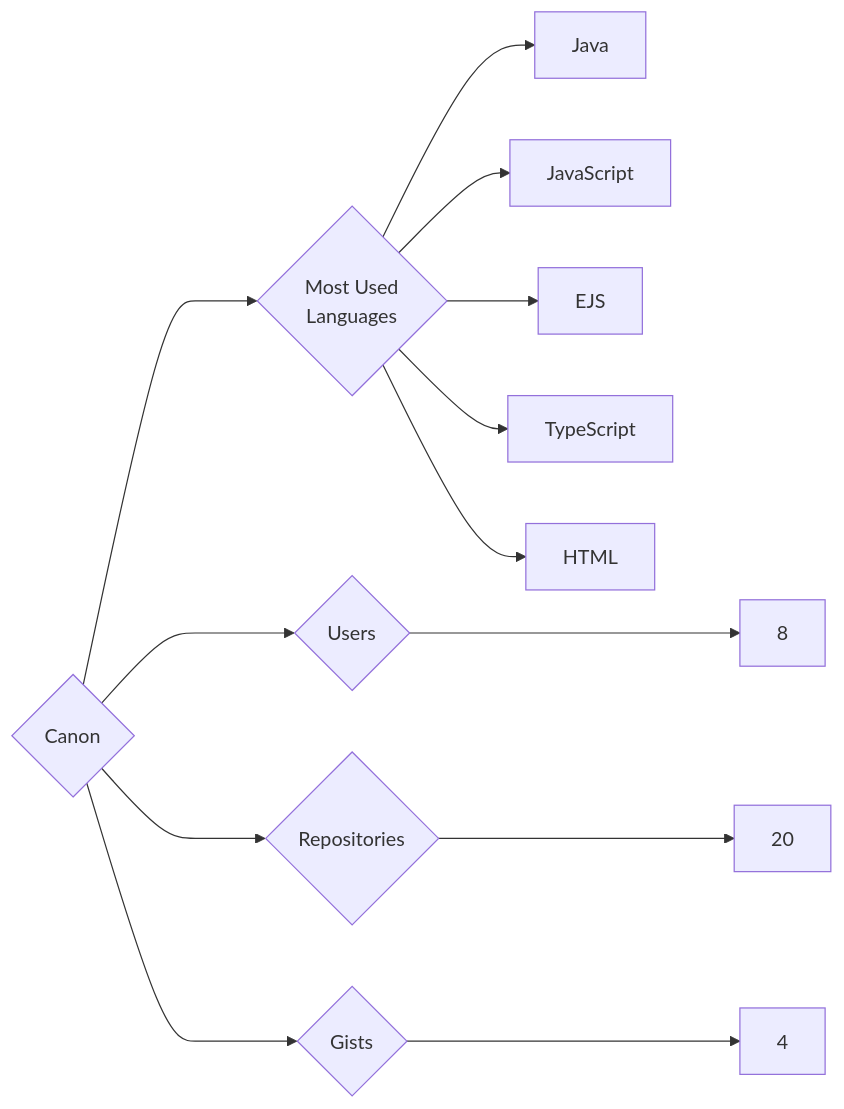
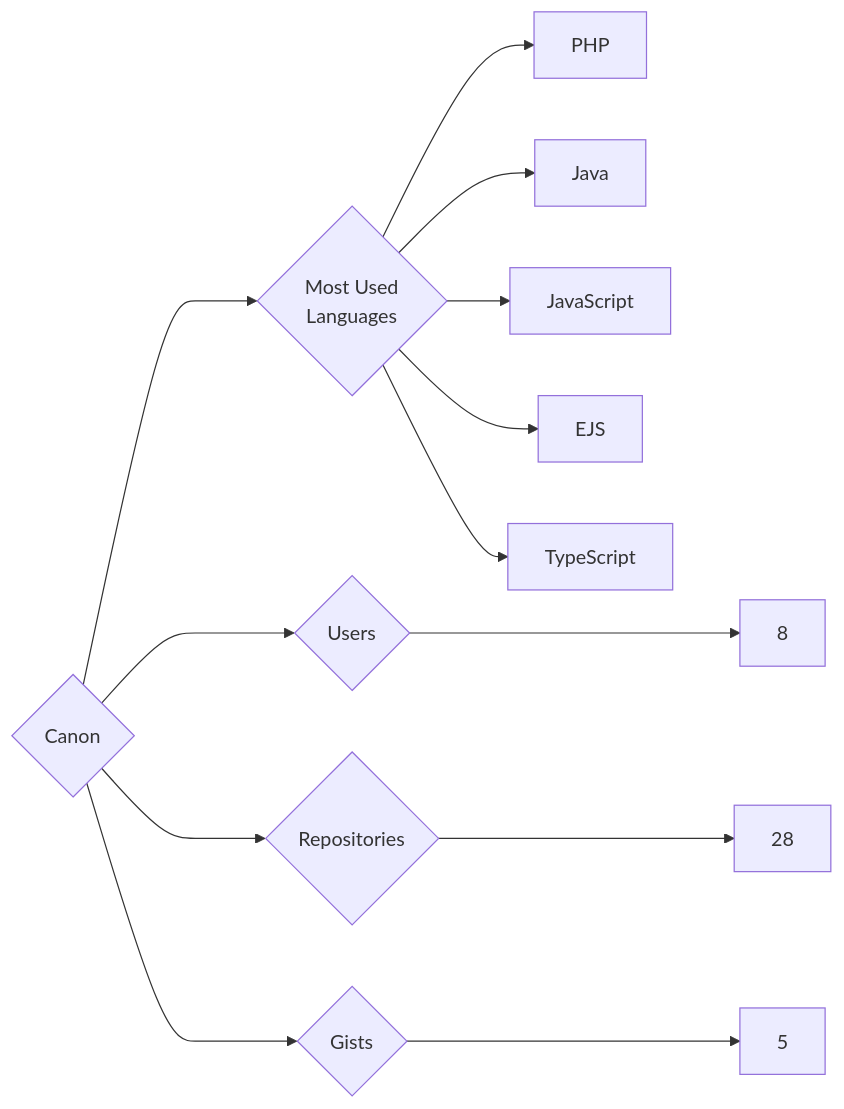
Before and after one commit to trickest/insiders: the diagram in targets/Canon/README.md, drawn with Mermaid. The commit also changed 861 other files, not shown here.

````diff
--- a/targets/Canon/README.md
+++ b/targets/Canon/README.md
@@ -3,13 +3,13 @@
 ```mermaid
 graph LR
 COMPANY_NAME{Canon}
 COMPANY_NAME ---> U{Users} ---> UN[8]
-COMPANY_NAME ---> R{Repositories} ---> RN[20]
-COMPANY_NAME ---> G{Gists} ---> GN[4]
+COMPANY_NAME ---> R{Repositories} ---> RN[28]
+COMPANY_NAME ---> G{Gists} ---> GN[5]
 COMPANY_NAME ---> ML{Most Used<br>Languages}
+ML --> PHP[PHP]
 ML --> Java[Java]
 ML --> JavaScript[JavaScript]
 ML --> EJS[EJS]
 ML --> TypeScript[TypeScript]
-ML --> HTML[HTML]
 ```
````
